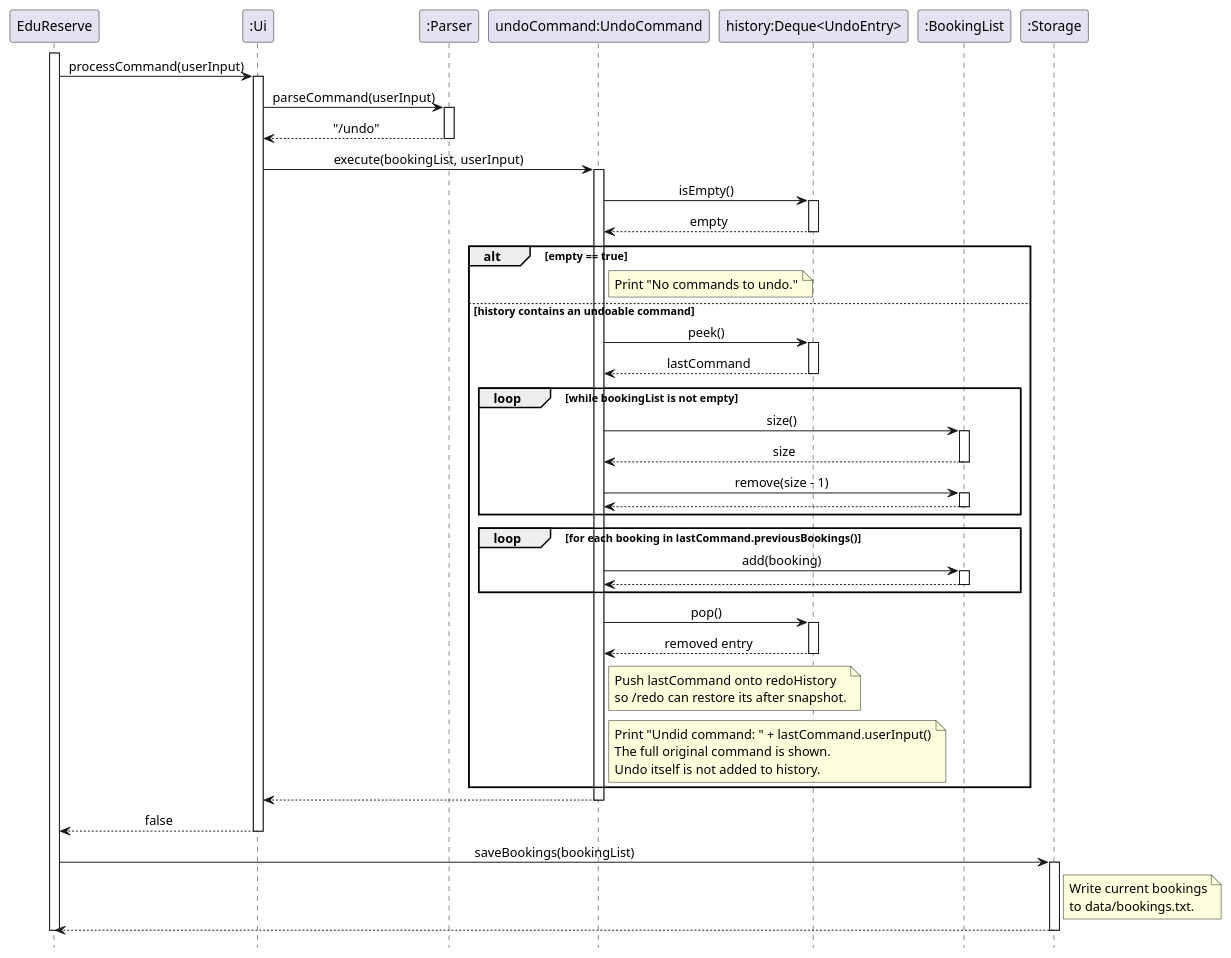
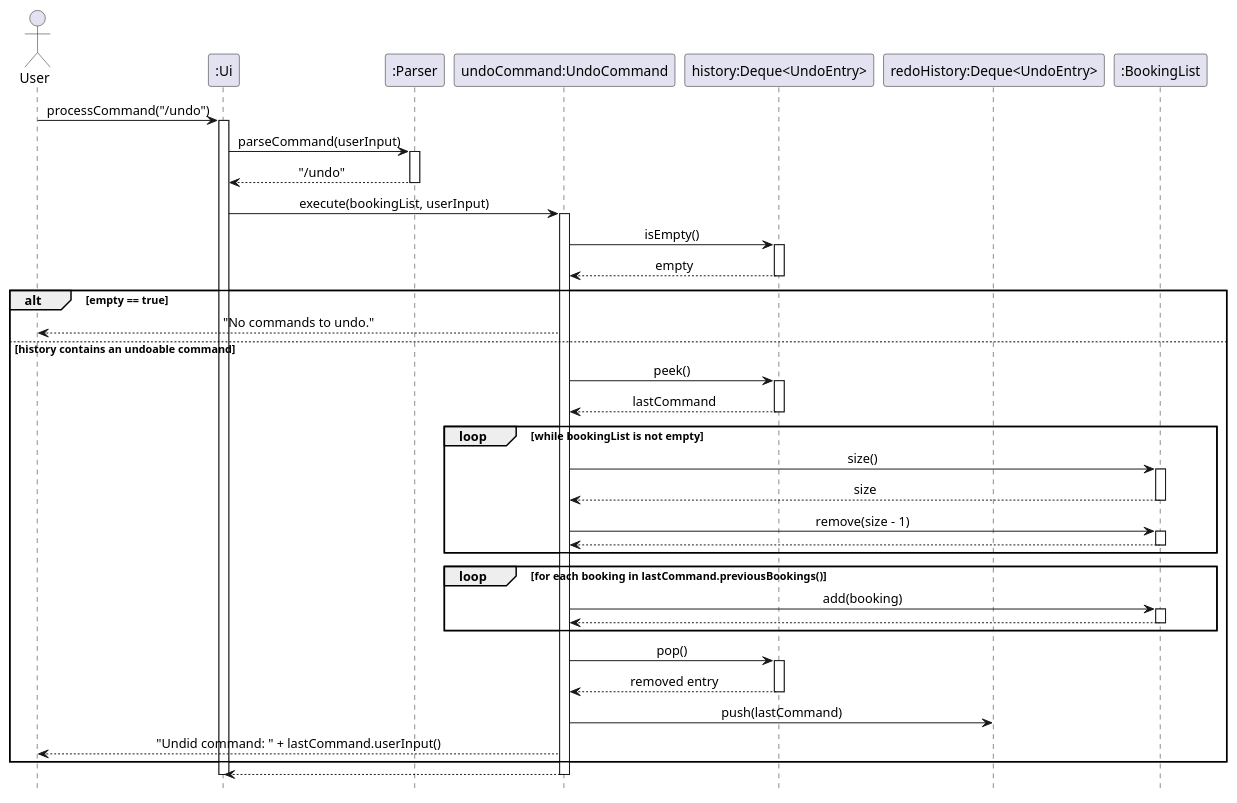
The diagram in docs/UMLDiagrams/UndoCommandSequenceDiagram.puml (AY2627S1-CS2113-W14-2/tp), drawn with PlantUML before and after one commit. The commit also changed 28 other files, not shown here.

Commit message:
Added class diagrams and made sequence diagrams consistent

```diff
--- a/docs/UMLDiagrams/UndoCommandSequenceDiagram.puml
+++ b/docs/UMLDiagrams/UndoCommandSequenceDiagram.puml
@@ -1,80 +1,68 @@
 @startuml
 ' @author Maxkedd
 skinparam sequenceMessageAlign center
 hide footbox
 
-participant "EduReserve" as App
+actor User
 participant ":Ui" as UI
 participant ":Parser" as Parser
 participant "undoCommand:UndoCommand" as Undo
 participant "history:Deque<UndoEntry>" as History
+participant "redoHistory:Deque<UndoEntry>" as RedoHistory
 participant ":BookingList" as Bookings
-participant ":Storage" as Storage
 
-activate App
-App -> UI: processCommand(userInput)
+User -> UI: processCommand("/undo")
 activate UI
 UI -> Parser: parseCommand(userInput)
 activate Parser
 Parser --> UI: "/undo"
 deactivate Parser
 
 UI -> Undo: execute(bookingList, userInput)
 activate Undo
 Undo -> History: isEmpty()
 activate History
 History --> Undo: empty
 deactivate History
 
 alt empty == true
-    note right of Undo: Print "No commands to undo."
+    Undo --> User: "No commands to undo."
 else history contains an undoable command
     Undo -> History: peek()
     activate History
     History --> Undo: lastCommand
     deactivate History
 
     loop while bookingList is not empty
         Undo -> Bookings: size()
         activate Bookings
         Bookings --> Undo: size
         deactivate Bookings
         Undo -> Bookings: remove(size - 1)
         activate Bookings
         Bookings --> Undo
         deactivate Bookings
     end
 
     loop for each booking in lastCommand.previousBookings()
         Undo -> Bookings: add(booking)
         activate Bookings
         Bookings --> Undo
         deactivate Bookings
     end
 
     Undo -> History: pop()
     activate History
     History --> Undo: removed entry
     deactivate History
 
-    note right of Undo: Push lastCommand onto redoHistory\nso /redo can restore its after snapshot.
+    Undo -> RedoHistory: push(lastCommand)
 
-    note right of Undo
-        Print "Undid command: " + lastCommand.userInput()
-        The full original command is shown.
-        Undo itself is not added to history.
-    end note
+    Undo --> User: "Undid command: " + lastCommand.userInput()
 end
 
 Undo --> UI
 deactivate Undo
-UI --> App: false
 deactivate UI
 
-App -> Storage: saveBookings(bookingList)
-activate Storage
-note right of Storage: Write current bookings\nto data/bookings.txt.
-Storage --> App
-deactivate Storage
-deactivate App
 @enduml
```
